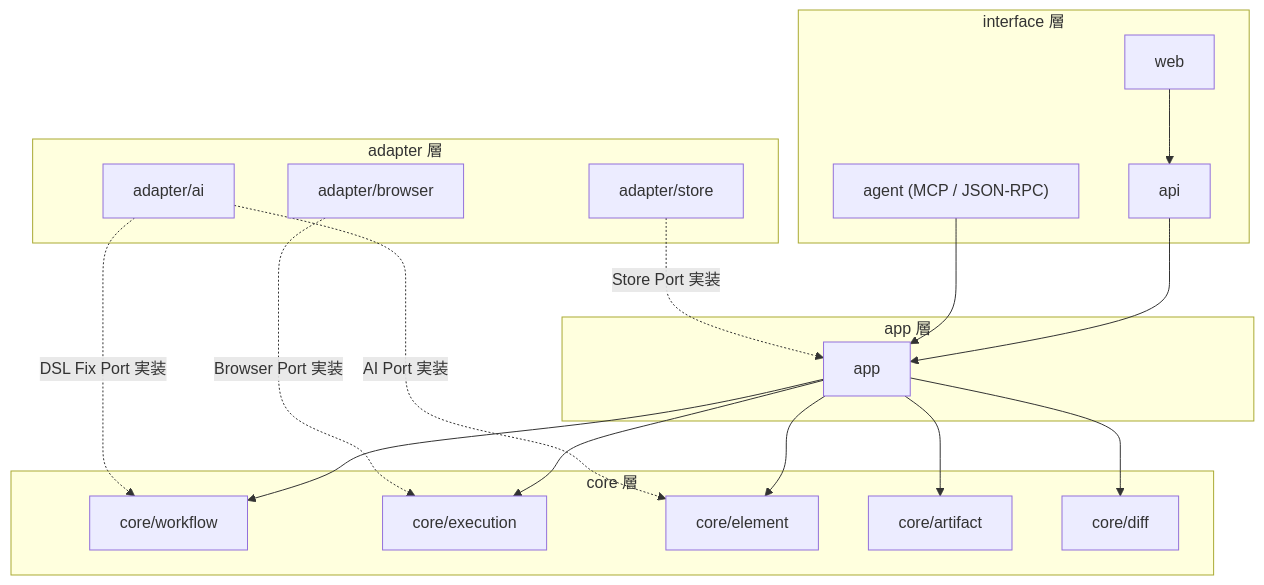
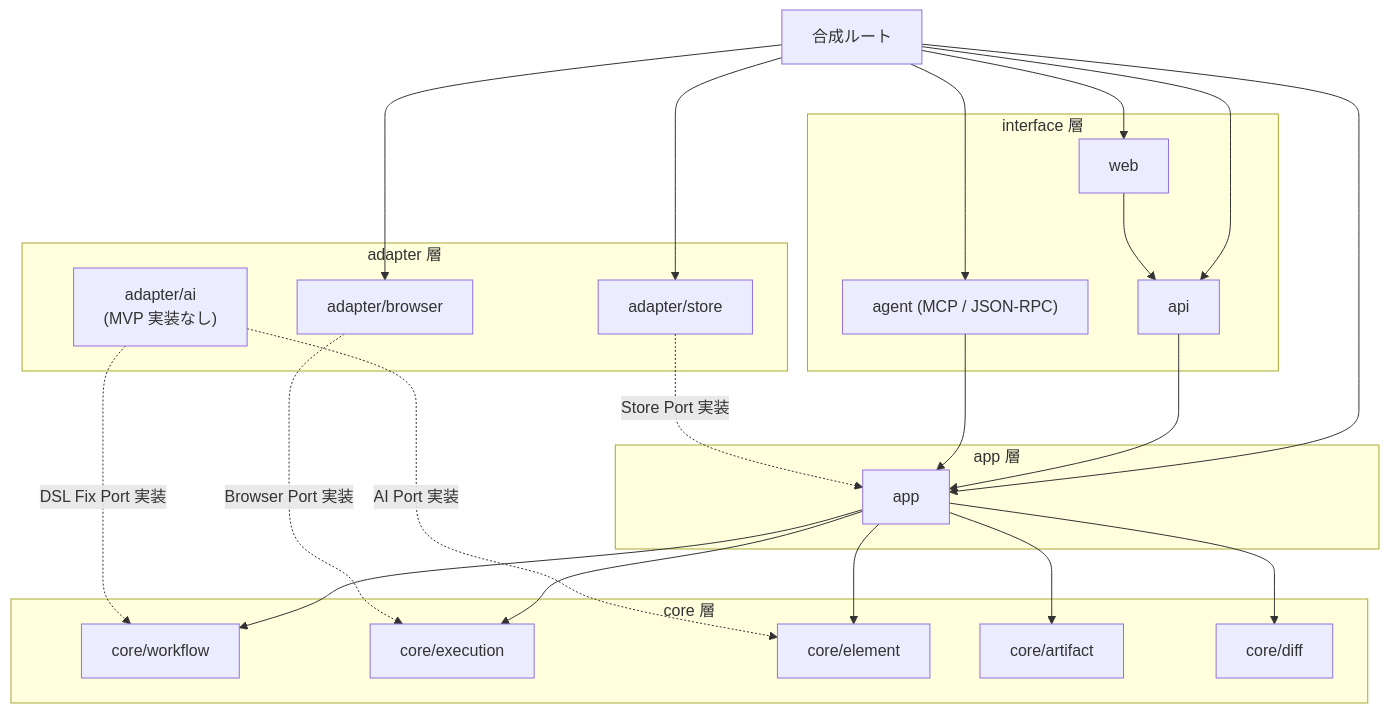
Before and after one commit to Fukuemon/screen-contract: the third of 3 diagrams in design/DesignDoc.md, drawn with Mermaid. The commit also changed other lines of this file, not shown here.

````diff
--- a/design/DesignDoc.md
+++ b/design/DesignDoc.md
@@ -274,34 +275,41 @@
 ```mermaid
 flowchart TD
     subgraph ifaceLayer["interface 層"]
         web["web"]
         api["api"]
         agent["agent (MCP / JSON-RPC)"]
     end
     subgraph appLayer["app 層"]
         app["app"]
     end
     subgraph coreLayer["core 層"]
         wf["core/workflow"]
         exec["core/execution"]
         elem["core/element"]
         art["core/artifact"]
         diff["core/diff"]
     end
     subgraph adapterLayer["adapter 層"]
         browser["adapter/browser"]
-        ai["adapter/ai"]
+        ai["adapter/ai<br/>(MVP 実装なし)"]
         store["adapter/store"]
     end
+    root["合成ルート"]
+    root --> web
+    root --> api
+    root --> agent
+    root --> app
+    root --> browser
+    root --> store
     web --> api --> app
     agent --> app
     app --> wf
     app --> exec
     app --> elem
     app --> art
     app --> diff
     browser -. "Browser Port 実装" .-> exec
     ai -. "AI Port 実装" .-> elem
     ai -. "DSL Fix Port 実装" .-> wf
     store -. "Store Port 実装" .-> app
 ```
````
